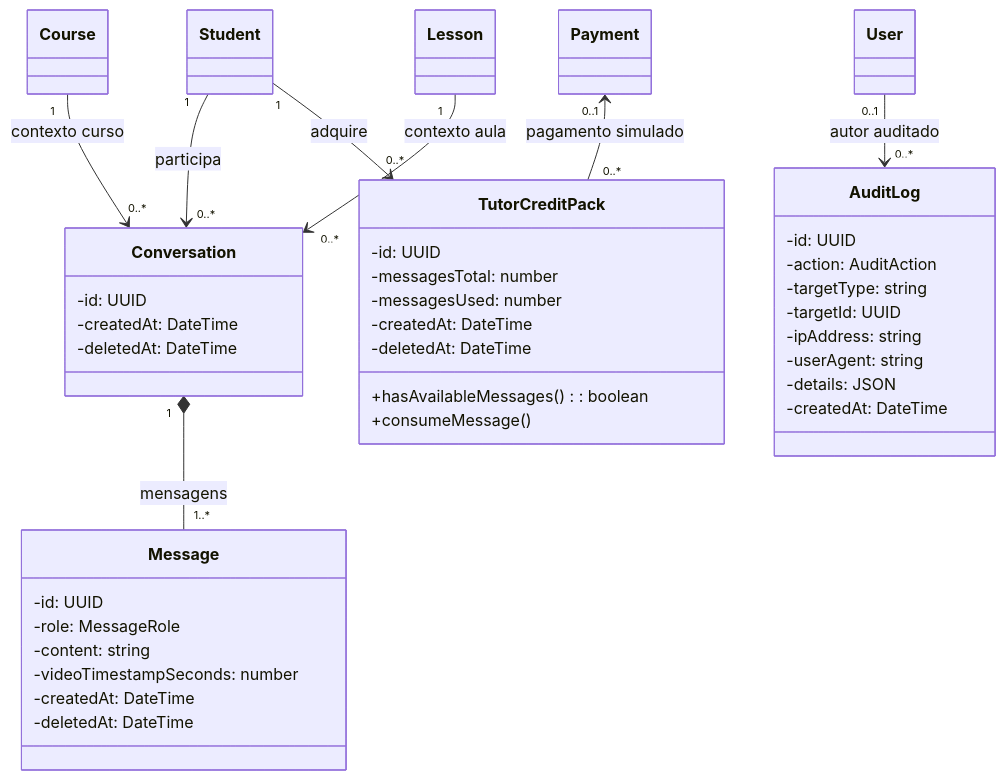
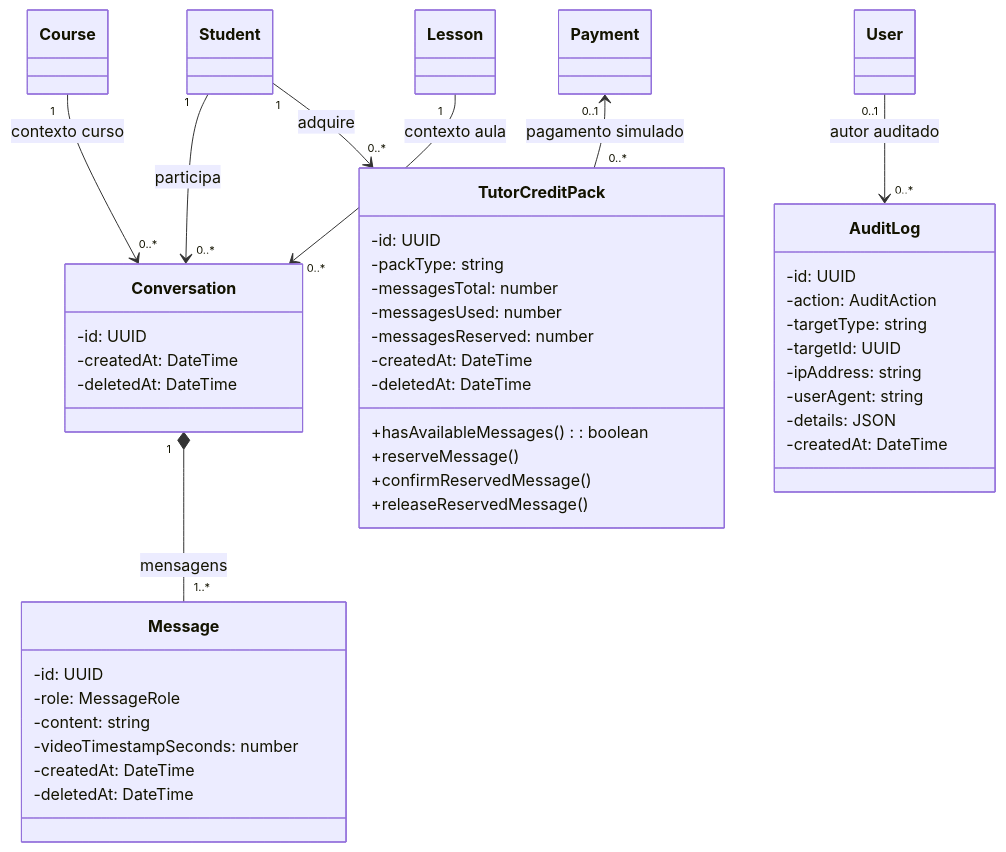
One commit to Plataforma-de-Cursos-TCC/plataforma-cursos-docs changed the ninth of 10 diagrams in docs/tdd.md. Above: the diagram before and after it, drawn with Mermaid. The commit also changed other lines of this file and 30 other files, not shown here.

First line of the commit message:
fix(area-d): fix audit log key, tutor flow, admin boundary and LGPD retention

````diff
--- a/docs/tdd.md
+++ b/docs/tdd.md
@@ -911,54 +915,58 @@
 ```mermaid
 classDiagram
     direction TB
 
     class Student
     class User
     class Course
     class Lesson
     class Payment
 
     class Conversation {
         -id: UUID
         -createdAt: DateTime
         -deletedAt: DateTime
     }
 
     class Message {
         -id: UUID
         -role: MessageRole
         -content: string
         -videoTimestampSeconds: number
         -createdAt: DateTime
         -deletedAt: DateTime
     }
 
     class TutorCreditPack {
         -id: UUID
+        -packType: string
         -messagesTotal: number
         -messagesUsed: number
+        -messagesReserved: number
         -createdAt: DateTime
         -deletedAt: DateTime
         +hasAvailableMessages(): boolean
-        +consumeMessage()
+        +reserveMessage()
+        +confirmReservedMessage()
+        +releaseReservedMessage()
     }
 
     class AuditLog {
         -id: UUID
         -action: AuditAction
         -targetType: string
         -targetId: UUID
         -ipAddress: string
         -userAgent: string
         -details: JSON
         -createdAt: DateTime
     }
 
     Student "1" --> "0..*" Conversation : participa
     Course "1" --> "0..*" Conversation : contexto curso
     Lesson "1" --> "0..*" Conversation : contexto aula
     Conversation "1" *-- "1..*" Message : mensagens
     Student "1" --> "0..*" TutorCreditPack : adquire
     Payment "0..1" <-- "0..*" TutorCreditPack : pagamento simulado
     User "0..1" --> "0..*" AuditLog : autor auditado
 ```
````
